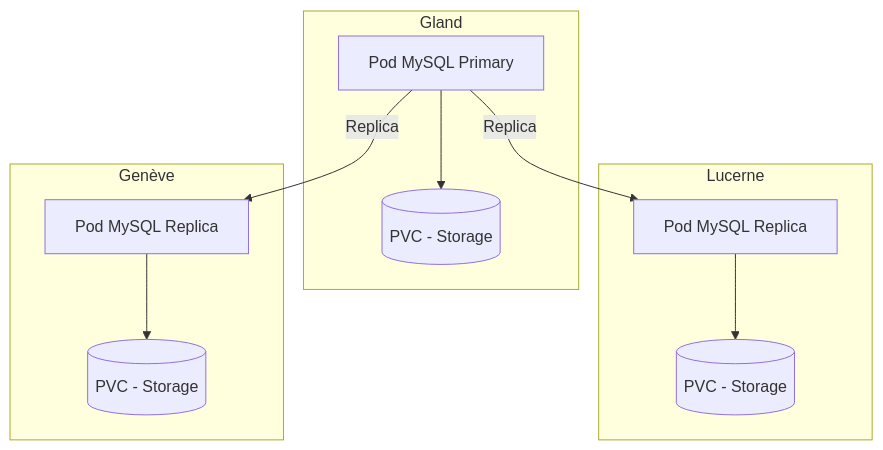
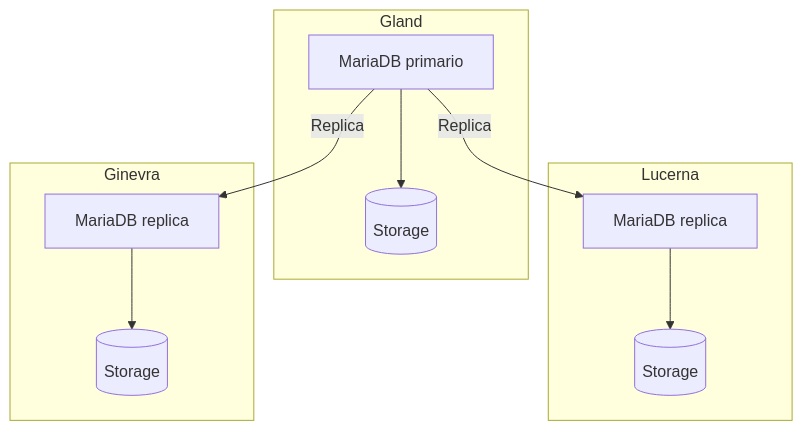
One commit to HidoraSwiss/hikube-public-doc changed the diagram in i18n/it/docusaurus-plugin-content-docs/current/services/databases/mariadb/overview.md. Above: the diagram before and after it, drawn with Mermaid. The commit also changed other lines of this file and 148 other files, not shown here.

````diff
--- a/i18n/it/docusaurus-plugin-content-docs/current/services/databases/mariadb/overview.md
+++ b/i18n/it/docusaurus-plugin-content-docs/current/services/databases/mariadb/overview.md
@@ -29,17 +36,17 @@
 ```mermaid
 graph TD
     subgraph Gland
-        P1[Pod MySQL Primary] --> PVC1[(PVC - Storage)]
+        P1[MariaDB primario] --> PVC1[(Storage)]
     end
 
-    subgraph Lucerne
-        P2[Pod MySQL Replica] --> PVC2[(PVC - Storage)]
+    subgraph Lucerna
+        P2[MariaDB replica] --> PVC2[(Storage)]
     end
 
-    subgraph Genève
-        P3[Pod MySQL Replica] --> PVC3[(PVC - Storage)]
+    subgraph Ginevra
+        P3[MariaDB replica] --> PVC3[(Storage)]
     end
 
     P1 -->|Replica| P2
     P1 -->|Replica| P3
 ```
````
